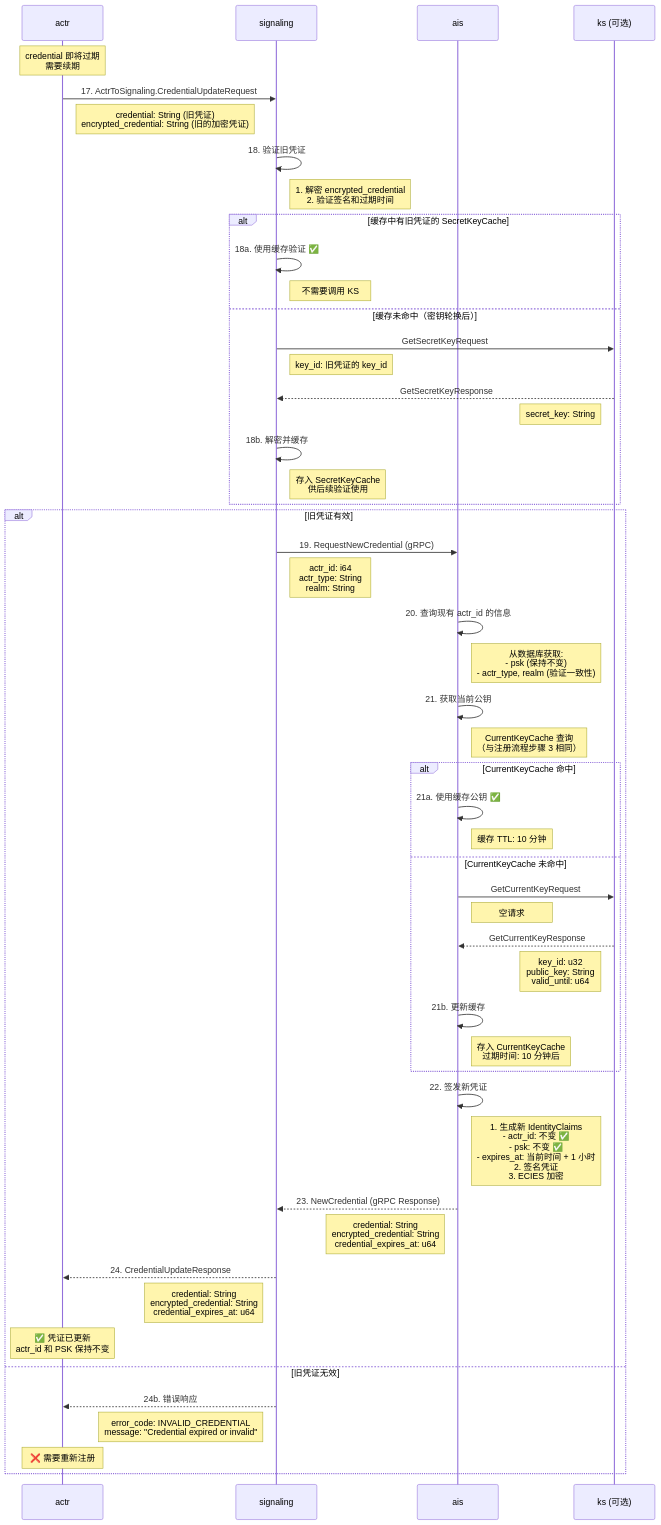
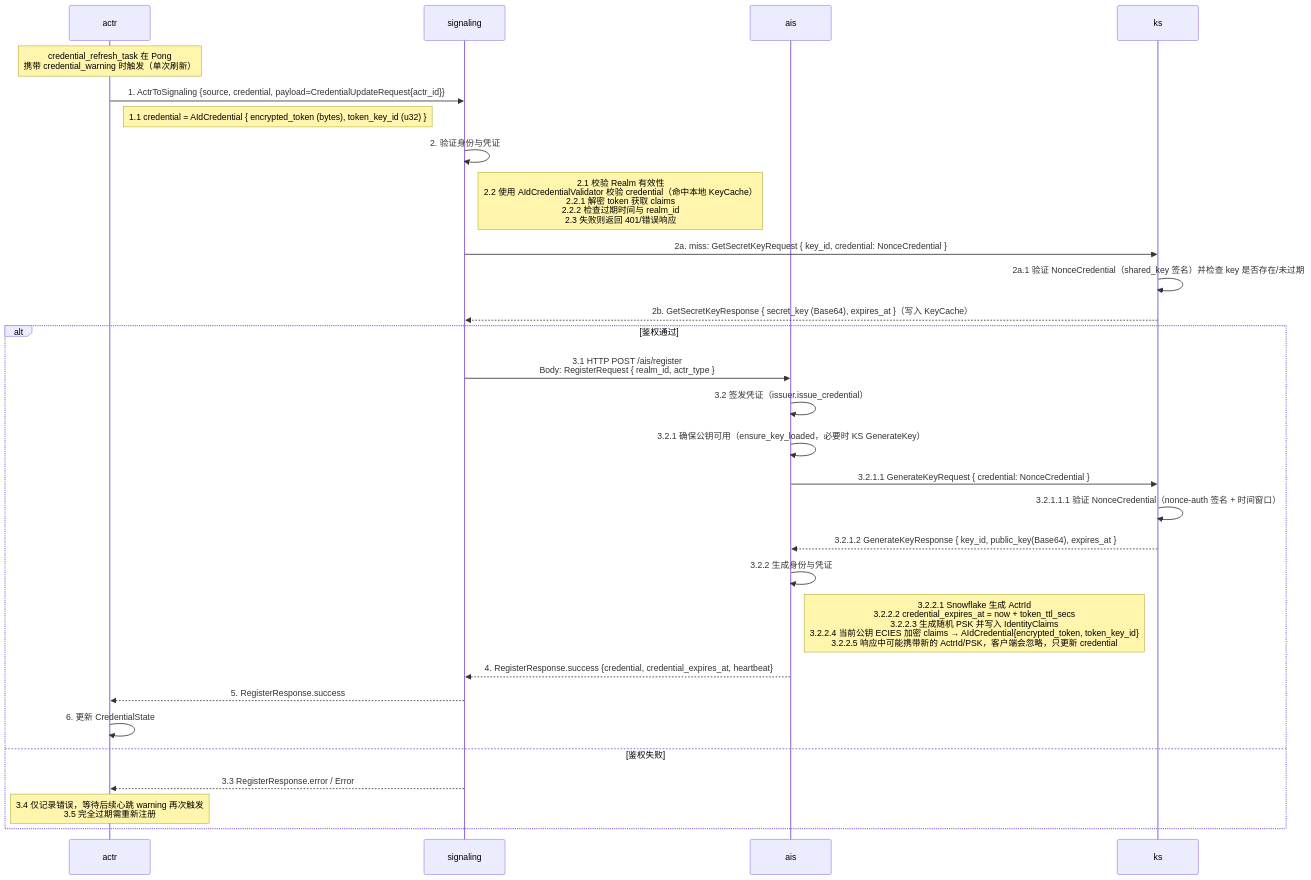
The diagram in zh-hans/5.4-credential-update.md (actor-rtc/actor-rtc.github.io), drawn with Mermaid before and after one commit. The commit also changed other lines of this file, not shown here.

First line of the commit message:
docs: update credential update flow documentation

````diff
--- a/zh-hans/5.4-credential-update.md
+++ b/zh-hans/5.4-credential-update.md
@@ -9,73 +12,35 @@
 ```mermaid
 sequenceDiagram
     participant actr as actr
     participant signaling as signaling
     participant ais as ais
-    participant ks as ks (可选)
+    participant ks as ks
 
-    Note over actr: credential 即将过期<br/>需要续期
+    Note over actr: credential_refresh_task 在 Pong<br/>携带 credential_warning 时触发（单次刷新）
 
-    actr->>signaling: 17. ActrToSignaling.CredentialUpdateRequest
-    Note right of actr: credential: String (旧凭证)<br/>encrypted_credential: String (旧的加密凭证)
+    actr->>signaling: 1. ActrToSignaling {source, credential, payload=CredentialUpdateRequest{actr_id}}
+    Note right of actr: 1.1 credential = AIdCredential { encrypted_token (bytes), token_key_id (u32) }
 
-    signaling->>signaling: 18. 验证旧凭证
-    Note right of signaling: 1. 解密 encrypted_credential<br/>2. 验证签名和过期时间
+    signaling->>signaling: 2. 验证身份与凭证
+    Note right of signaling: 2.1 校验 Realm 有效性<br/>2.2 使用 AIdCredentialValidator 校验 credential（命中本地 KeyCache）<br/>2.2.1 解密 token 获取 claims<br/>2.2.2 检查过期时间与 realm_id<br/>2.3 失败则返回 401/错误响应
+    signaling->>ks: 2a. miss: GetSecretKeyRequest { key_id, credential: NonceCredential }
+    ks->>ks: 2a.1 验证 NonceCredential（shared_key 签名）并检查 key 是否存在/未过期
+    ks-->>signaling: 2b. GetSecretKeyResponse { secret_key (Base64), expires_at }（写入 KeyCache）
 
-    alt 缓存中有旧凭证的 SecretKeyCache
-        signaling->>signaling: 18a. 使用缓存验证 ✅
-        Note right of signaling: 不需要调用 KS
-        
-    else 缓存未命中（密钥轮换后）
-        signaling->>ks: GetSecretKeyRequest
-        Note right of signaling: key_id: 旧凭证的 key_id
-        
-        ks-->>signaling: GetSecretKeyResponse
-        Note left of ks: secret_key: String
-        
-        signaling->>signaling: 18b. 解密并缓存
-        Note right of signaling: 存入 SecretKeyCache<br/>供后续验证使用
-    end
-
-    alt 旧凭证有效
-        signaling->>ais: 19. RequestNewCredential (gRPC)
-        Note right of signaling: actr_id: i64<br/>actr_type: String<br/>realm: String
-        
-        ais->>ais: 20. 查询现有 actr_id 的信息
-        Note right of ais: 从数据库获取:<br/>- psk (保持不变)<br/>- actr_type, realm (验证一致性)
-
-        ais->>ais: 21. 获取当前公钥
-        Note right of ais: CurrentKeyCache 查询<br/>（与注册流程步骤 3 相同）
-
-        alt CurrentKeyCache 命中
-            ais->>ais: 21a. 使用缓存公钥 ✅
-            Note right of ais: 缓存 TTL: 10 分钟
-            
-        else CurrentKeyCache 未命中
-            ais->>ks: GetCurrentKeyRequest
-            Note right of ais: 空请求
-            
-            ks-->>ais: GetCurrentKeyResponse
-            Note left of ks: key_id: u32<br/>public_key: String<br/>valid_until: u64
-            
-            ais->>ais: 21b. 更新缓存
-            Note right of ais: 存入 CurrentKeyCache<br/>过期时间: 10 分钟后
-        end
-
-        ais->>ais: 22. 签发新凭证
-        Note right of ais: 1. 生成新 IdentityClaims<br/>   - actr_id: 不变 ✅<br/>   - psk: 不变 ✅<br/>   - expires_at: 当前时间 + 1 小时<br/>2. 签名凭证<br/>3. ECIES 加密
-
-        ais-->>signaling: 23. NewCredential (gRPC Response)
-        Note left of ais: credential: String<br/>encrypted_credential: String<br/>credential_expires_at: u64
-
-        signaling-->>actr: 24. CredentialUpdateResponse
-        Note left of signaling: credential: String<br/>encrypted_credential: String<br/>credential_expires_at: u64
-
-        Note over actr: ✅ 凭证已更新<br/>actr_id 和 PSK 保持不变
-
-    else 旧凭证无效
-        signaling-->>actr: 24b. 错误响应
-        Note left of signaling: error_code: INVALID_CREDENTIAL<br/>message: "Credential expired or invalid"
-        
-        Note over actr: ❌ 需要重新注册
+    alt 鉴权通过
+        signaling->>ais: 3.1 HTTP POST /ais/register<br/>Body: RegisterRequest { realm_id, actr_type }
+        ais->>ais: 3.2 签发凭证（issuer.issue_credential）
+        ais->>ais: 3.2.1 确保公钥可用（ensure_key_loaded，必要时 KS GenerateKey）
+        ais->>ks: 3.2.1.1 GenerateKeyRequest { credential: NonceCredential }
+        ks->>ks: 3.2.1.1.1 验证 NonceCredential（nonce-auth 签名 + 时间窗口）
+        ks-->>ais: 3.2.1.2 GenerateKeyResponse { key_id, public_key(Base64), expires_at }
+        ais->>ais: 3.2.2 生成身份与凭证
+        Note right of ais: 3.2.2.1 Snowflake 生成 ActrId<br/>3.2.2.2 credential_expires_at = now + token_ttl_secs<br/>3.2.2.3 生成随机 PSK 并写入 IdentityClaims<br/>3.2.2.4 当前公钥 ECIES 加密 claims → AIdCredential{encrypted_token, token_key_id}<br/>3.2.2.5 响应中可能携带新的 ActrId/PSK，客户端会忽略，只更新 credential
+        ais-->>signaling: 4. RegisterResponse.success {credential, credential_expires_at, heartbeat}
+        signaling-->>actr: 5. RegisterResponse.success
+        actr->>actr: 6. 更新 CredentialState
+    else 鉴权失败
+        signaling-->>actr: 3.3 RegisterResponse.error / Error
+        Note over actr: 3.4 仅记录错误，等待后续心跳 warning 再次触发<br/>3.5 完全过期需重新注册
     end
 ```
````
